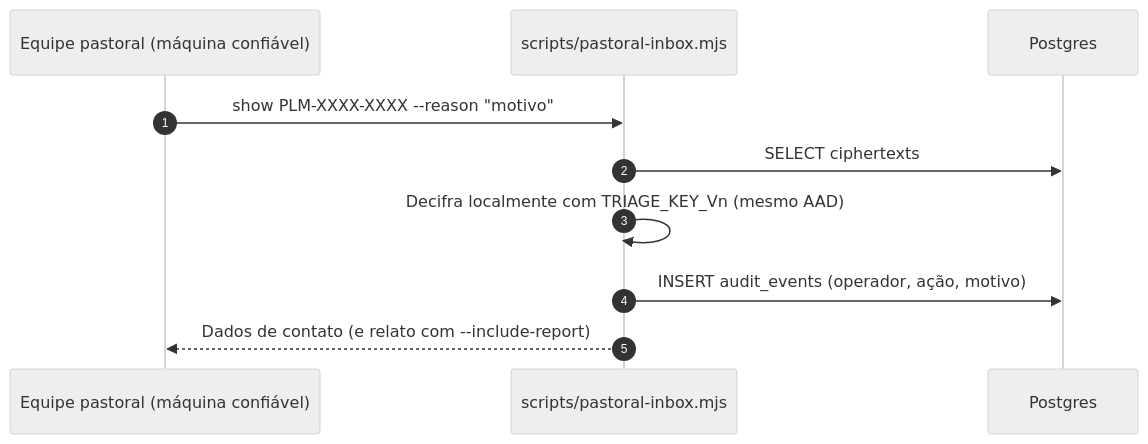
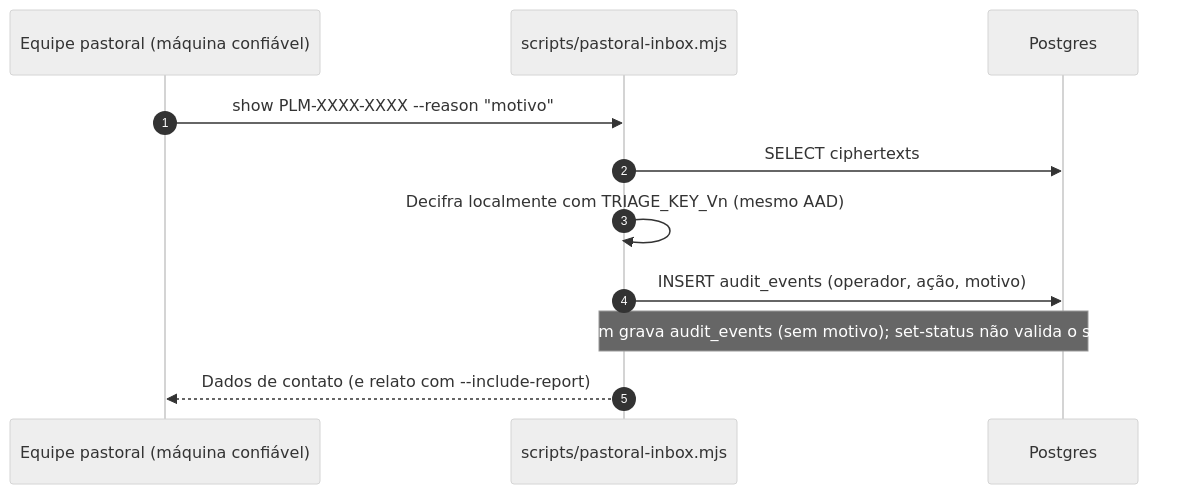
The sixth of 6 diagrams in docs/architecture/sequence-diagrams.md (purelifeministriesbrasil/documentation), drawn with Mermaid (neutral theme) before and after one commit. The commit also changed other lines of this file and 36 other files, not shown here.

````diff
--- a/docs/architecture/sequence-diagrams.md
+++ b/docs/architecture/sequence-diagrams.md
@@ -134,13 +167,14 @@
 ```mermaid
 sequenceDiagram
     autonumber
     participant P as Equipe pastoral (máquina confiável)
     participant CLI as scripts/pastoral-inbox.mjs
     participant DB as Postgres
 
     P->>CLI: show PLM-XXXX-XXXX --reason "motivo"
     CLI->>DB: SELECT ciphertexts
     CLI->>CLI: Decifra localmente com TRIAGE_KEY_Vn (mesmo AAD)
     CLI->>DB: INSERT audit_events (operador, ação, motivo)
+    Note over CLI,DB: list também grava audit_events (sem motivo)#59; set-status não valida o status (R4)
     CLI-->>P: Dados de contato (e relato com --include-report)
 ```
````
